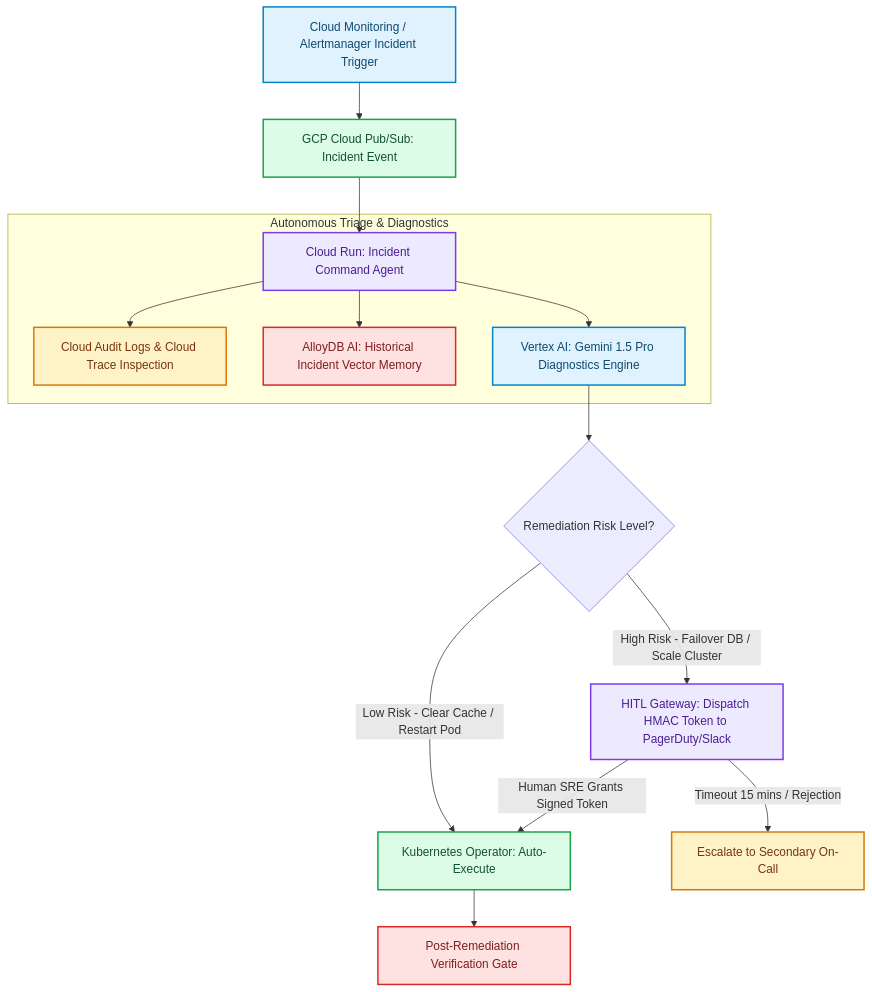
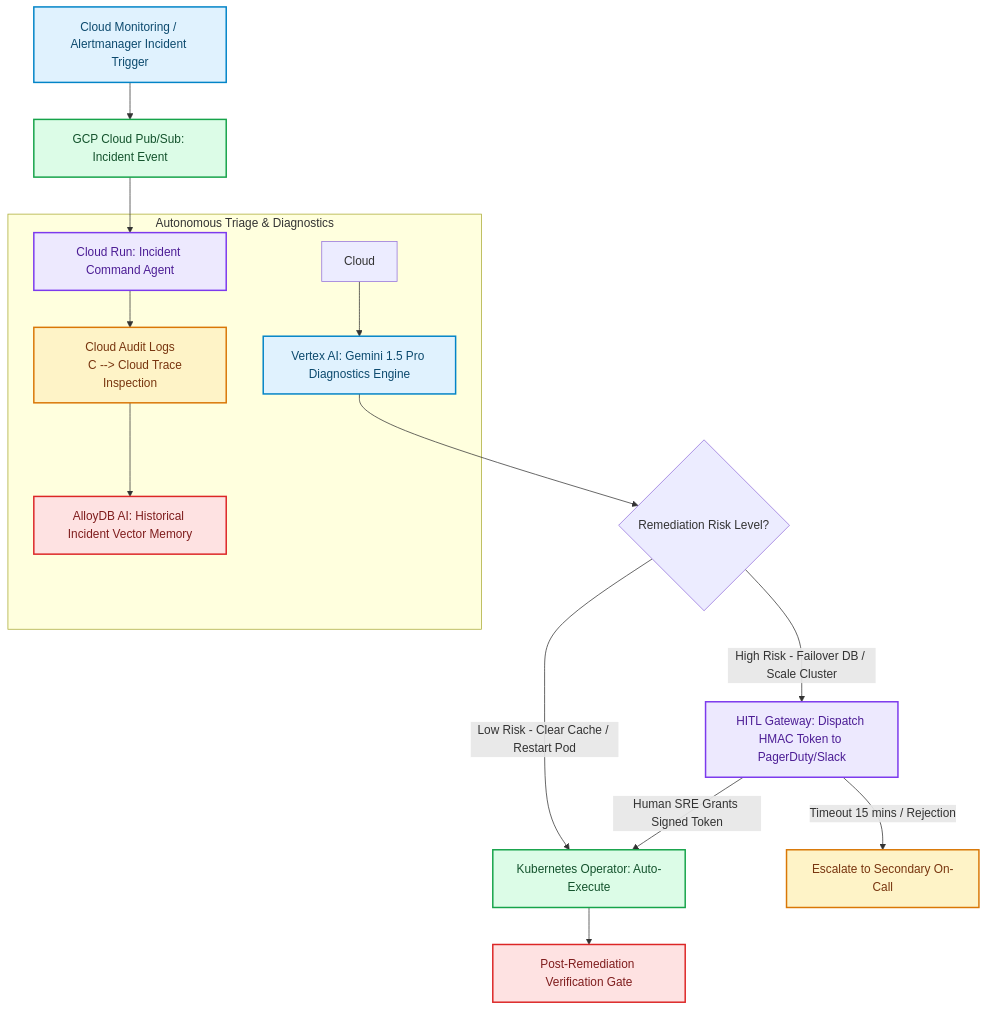
The diagram in blog/posts/case-study-logistics-saas-autonomous-infrastructure-remediation.md (akmalkhaniub/akmalkhaniub.github.io), drawn with Mermaid before and after one commit. The commit also changed 894 other files, not shown here.

Commit message:
feat(blog): upgrade all 444 posts with unique staggered dates, 2-col Mermaid spines, benchmark tables, code blocks, and trade-offs

````diff
--- a/blog/posts/case-study-logistics-saas-autonomous-infrastructure-remediation.md
+++ b/blog/posts/case-study-logistics-saas-autonomous-infrastructure-remediation.md
@@ -40,30 +40,31 @@
 ```mermaid
 flowchart TD
   A["Cloud Monitoring / Alertmanager Incident Trigger"] --> B["GCP Cloud Pub/Sub: Incident Event"]
   B --> C["Cloud Run: Incident Command Agent"]
   
   subgraph SG1_AutonomousTriageDiagnostics ["Autonomous Triage & Diagnostics"]
-    C --> D["Cloud Audit Logs & Cloud Trace Inspection"]
-    C --> E["AlloyDB AI: Historical Incident Vector Memory"]
-    C --> F["Vertex AI: Gemini 1.5 Pro Diagnostics Engine"]
+    C --> D["Cloud Audit Logs
+    C --> Cloud Trace Inspection"]
+    D --> E["AlloyDB AI: Historical Incident Vector Memory"]
+    Cloud --> F["Vertex AI: Gemini 1.5 Pro Diagnostics Engine"]
   end
   
   F --> G{Remediation Risk Level?}
   G -->|Low Risk - Clear Cache / Restart Pod| H["Kubernetes Operator: Auto-Execute"]
   G -->|High Risk - Failover DB / Scale Cluster| I["HITL Gateway: Dispatch HMAC Token to PagerDuty/Slack"]
   
   I -->|Human SRE Grants Signed Token| H
   I -->|Timeout 15 mins / Rejection| J["Escalate to Secondary On-Call"]
   H --> K["Post-Remediation Verification Gate"]
 
 classDef green fill:#dcfce7,stroke:#16a34a,stroke-width:2px,color:#14532d;
 classDef red fill:#fee2e2,stroke:#dc2626,stroke-width:2px,color:#7f1d1d;
 classDef blue fill:#e0f2fe,stroke:#0284c7,stroke-width:2px,color:#0c4a6e;
 classDef yellow fill:#fef3c7,stroke:#d97706,stroke-width:2px,color:#78350f;
 classDef purple fill:#ede9fe,stroke:#7c3aed,stroke-width:2px,color:#4c1d95;
 class A,F blue
 class B,H green
 class C,I purple
 class D,J yellow
 class E,K red
 ```
````
